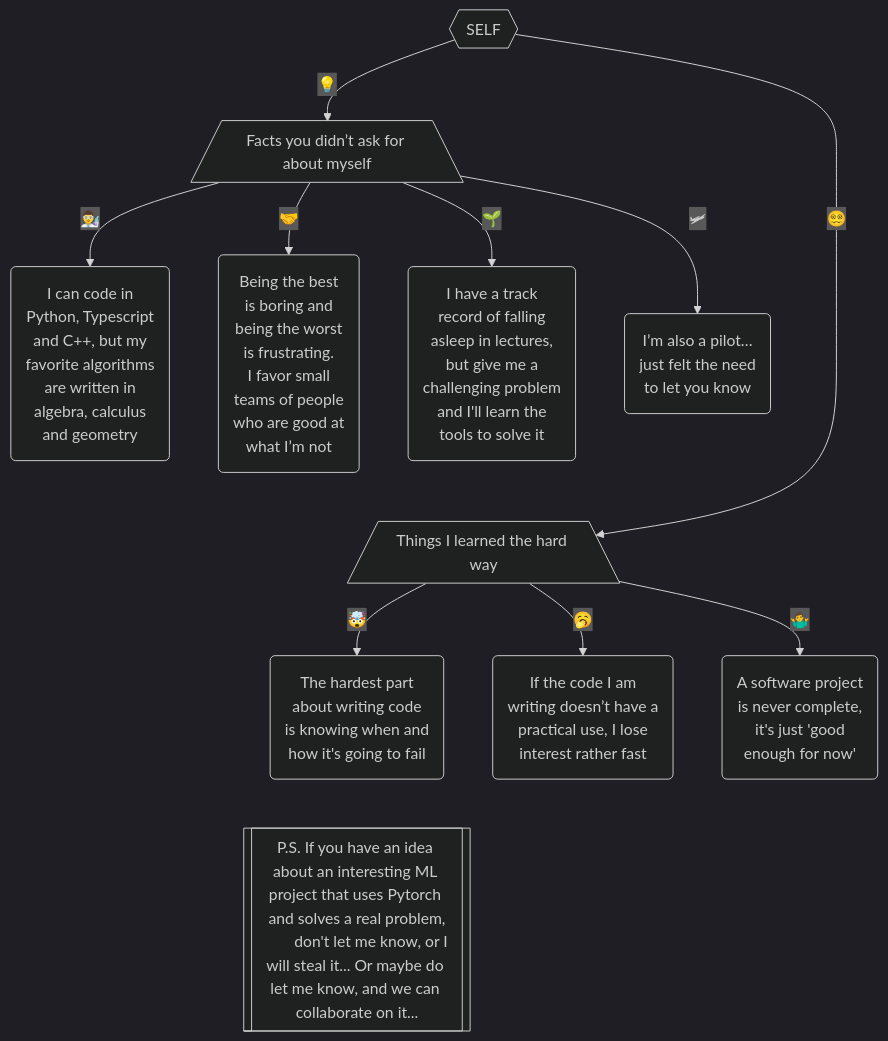
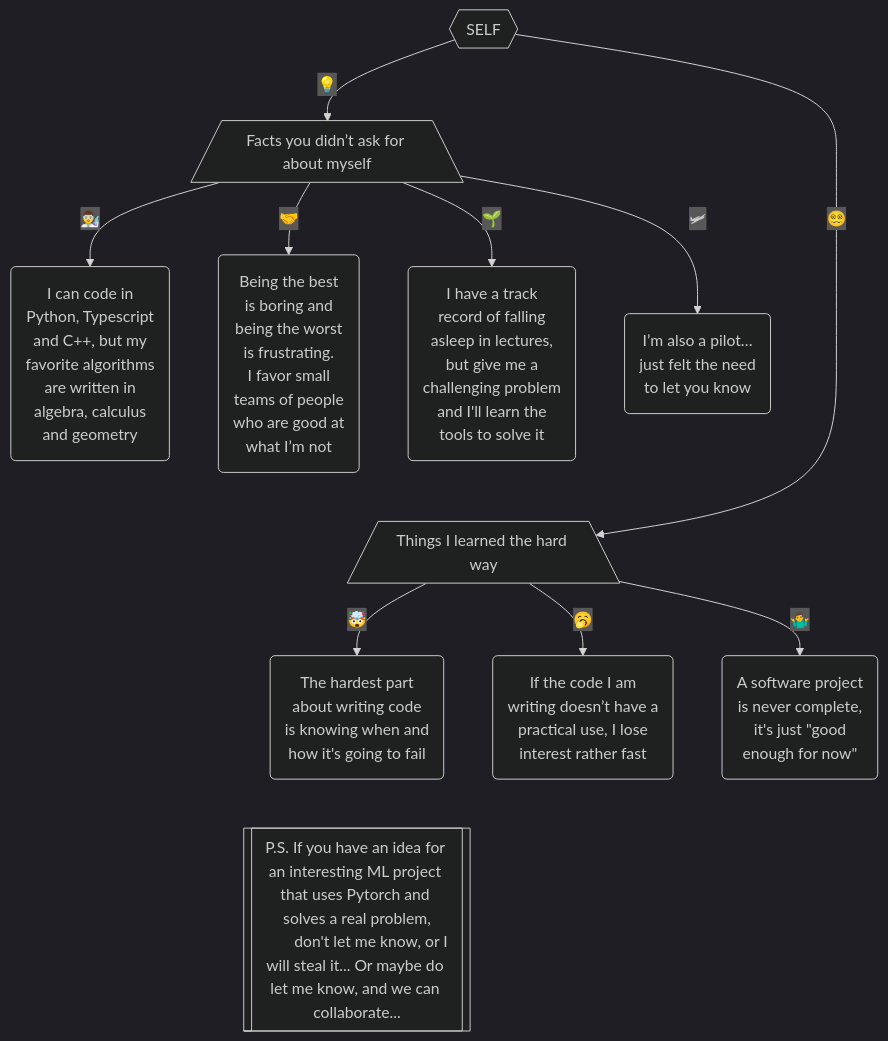
One commit to AndresPradGo/AndresPradGo changed the diagram in README.md. Above: the diagram before and after it, drawn with Mermaid (dark theme).

Commit message:
Update README.md
Add double quotes to the flowchart

````diff
--- a/README.md
+++ b/README.md
@@ -5,61 +5,62 @@
 ```mermaid
 graph TD
     A{{SELF}} -->|💡| B[/Facts you didn’t ask for about myself\]
     A -->|😵‍💫| C[/Things I learned the hard way\]
     B -->|👨‍🔬| D(
         I can code in
         Python, Typescript
         and C++, but my
         favorite algorithms
         are written in
         algebra, calculus
         and geometry
     )
     B -->|🤝| E(
         Being the best
         is boring and
         being the worst
         is frustrating.
         I favor small
         teams of people
         who are good at
         what I’m not
     )
     B -->|🌱| F(
         I have a track
         record of falling
         asleep in lectures,
         but give me a
         challenging problem
         and I'll learn the
         tools to solve it
     )
     B -->|🛩| G(
         I’m also a pilot…
         just felt the need
         to let you know
     )
     C -->|🤯| H(
         The hardest part
         about writing code
         is knowing when and
         how it's going to fail
     )
     C -->|🥱| I(
         If the code I am
         writing doesn’t have a
         practical use, I lose
         interest rather fast
     )
     C -->|🤷‍♂️| J(
         A software project
         is never complete,
-        it's just 'good
-        enough for now'
+        it's just #quot;good
+        enough for now#quot;
     )
     E ~~~ C
     H ~~~ K[[
-        P.S. If you have an idea about an interesting ML project that uses Pytorch and solves a real problem,
-        don't let me know, or I will steal it... Or maybe do let me know, and we can collaborate on it...
+        P.S. If you have an idea for an interesting ML project that uses Pytorch and solves a real problem,
+        don't let me know, or I will steal it... Or maybe do let me know, and we can collaborate...
     ]]
+
 ```
````
